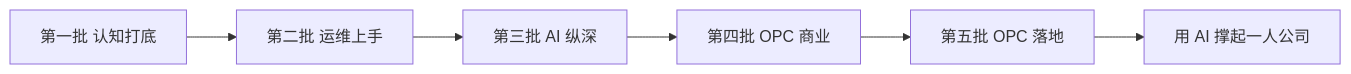
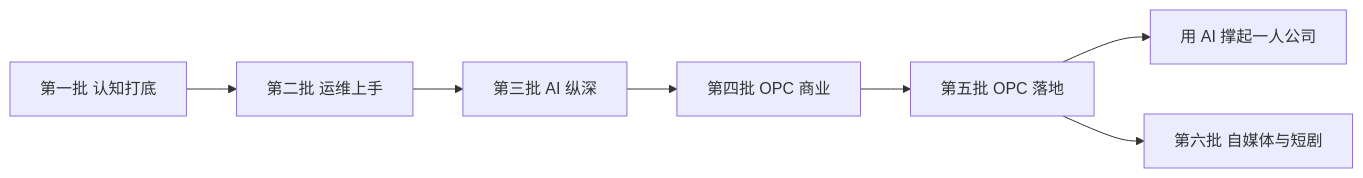
One commit to jarvis-pro/hatch-shelf changed the diagram in books/reading-map/07-reading-paths.md. Above: the diagram before and after it, drawn with Mermaid. The commit also changed other lines of this file and 6 other files, not shown here.

````diff
--- a/books/reading-map/07-reading-paths.md
+++ b/books/reading-map/07-reading-paths.md
@@ -7,8 +7,9 @@
 ```mermaid
 flowchart LR
   B1[第一批 认知打底] --> B2[第二批 运维上手]
   B2 --> B3[第三批 AI 纵深]
   B3 --> B4[第四批 OPC 商业]
   B4 --> B5[第五批 OPC 落地]
   B5 --> END[用 AI 撑起一人公司]
+  B5 --> B6[第六批 自媒体与短剧]
 ```
````
